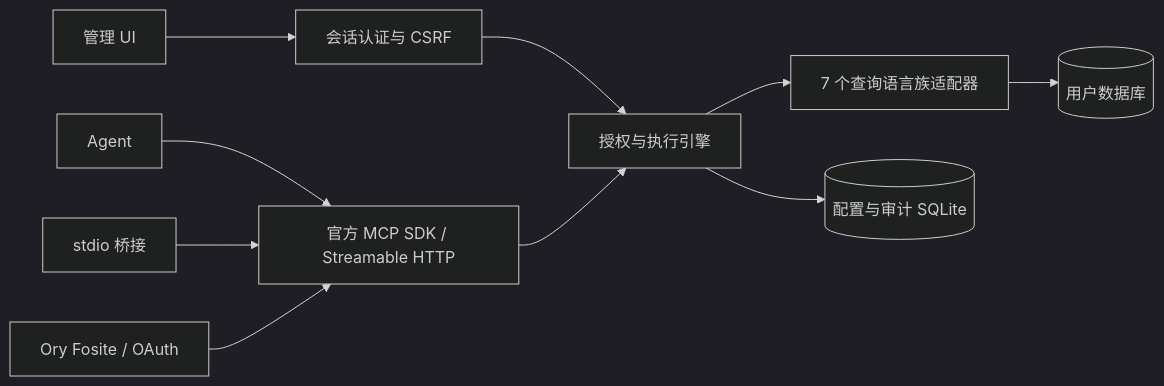
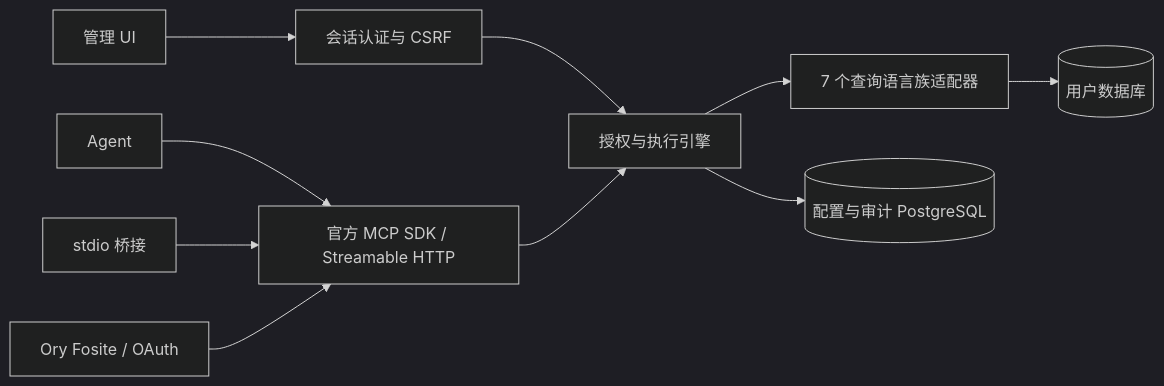
One commit to SamuelSupe/contextGate changed the diagram in docs/architecture.zh-CN.md. Above: the diagram before and after it, drawn with Mermaid (dark theme). The commit also changed other lines of this file and 253 other files, not shown here.

Commit message:
feat: release ContextGate 0.4.0 with configuration MCP and PostgreSQL metadata

````diff
--- a/docs/architecture.zh-CN.md
+++ b/docs/architecture.zh-CN.md
@@ -7,12 +7,12 @@
 ```mermaid
 flowchart LR
   UI[管理 UI] --> API[会话认证与 CSRF]
   Agent[Agent] --> MCP[官方 MCP SDK / Streamable HTTP]
   CLI[stdio 桥接] --> MCP
   OAuth[Ory Fosite / OAuth] --> MCP
   API --> Execute[授权与执行引擎]
   MCP --> Execute
   Execute --> Adapters[7 个查询语言族适配器]
   Adapters --> DB[(用户数据库)]
-  Execute --> Store[(配置与审计 SQLite)]
+  Execute --> Store[(配置与审计 PostgreSQL)]
 ```
````
